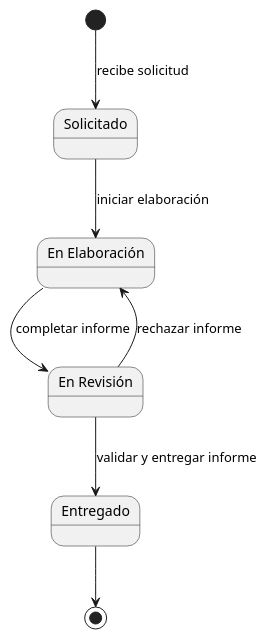
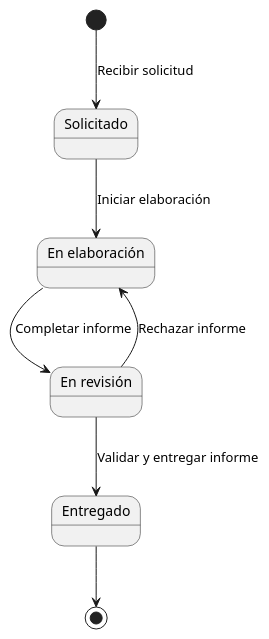
One commit to Angelo2272/26-27-IdSw1-SDR changed the diagram in modelosUML/00-modelo-del-dominio/diagrama-de-estados-informe.puml. Above: the diagram before and after it, drawn with PlantUML. The commit also changed 3 other files, not shown here.

Commit message:
feat/estandarizar nomenclatura en los diagramas de estados

```diff
--- a/modelosUML/00-modelo-del-dominio/diagrama-de-estados-informe.puml
+++ b/modelosUML/00-modelo-del-dominio/diagrama-de-estados-informe.puml
@@ -1,20 +1,20 @@
 @startuml
 
 state "Solicitado" as Solicitado
-state "En Elaboración" as Elaboracion
-state "En Revisión" as Revision
+state "En elaboración" as EnElaboracion
+state "En revisión" as EnRevision
 state "Entregado" as Entregado
 
-[*] --> Solicitado : recibe solicitud
+[*] --> Solicitado : Recibir solicitud
 
-Solicitado --> Elaboracion : iniciar elaboración
+Solicitado --> EnElaboracion : Iniciar elaboración
 
-Elaboracion --> Revision : completar informe
+EnElaboracion --> EnRevision : Completar informe
 
-Revision --> Elaboracion : rechazar informe
+EnRevision --> EnElaboracion : Rechazar informe
 
-Revision --> Entregado : validar y entregar informe
+EnRevision --> Entregado : Validar y entregar informe
 
 Entregado --> [*]
 
 @enduml
```
